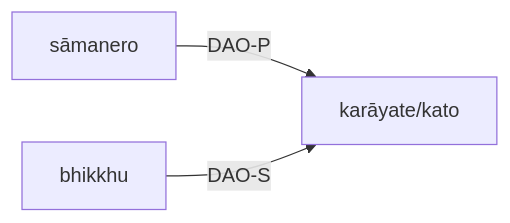
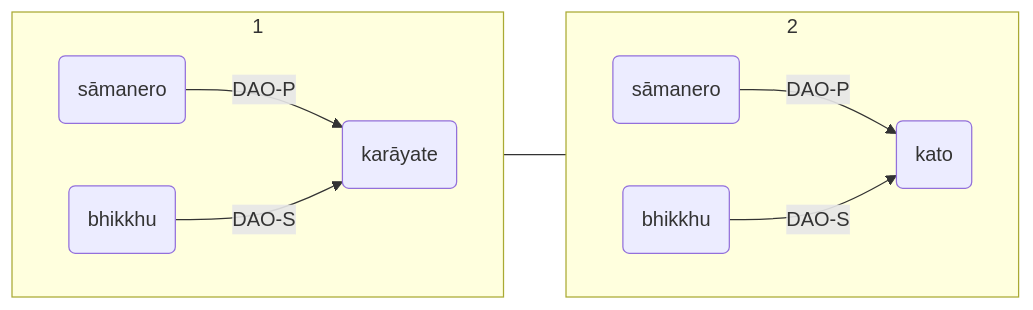
The first of 4 diagrams in src/basic-relation/nom/nom-dao.md (iapt-platform/pali-handbook), drawn with Mermaid before and after one commit. The commit also changed other lines of this file and 1 other file, not shown here.

Commit message:
修正双宾语

```diff
--- a/src/basic-relation/nom/nom-dao.md
+++ b/src/basic-relation/nom/nom-dao.md
@@ -7,5 +8,20 @@
 <div class="mermaid">
-graph LR
-sāmanero--DAO-P-->karāyate/kato
-bhikkhu--DAO-S-->karāyate/kato
+flowchart LR
+subgraph 1
+direction LR
+A1("sāmanero")
+B1("bhikkhu")
+C1("karāyate")
+A1--DAO-P-->C1
+B1--DAO-S-->C1
+end
+1---2
+subgraph 2
+direction LR
+A2("sāmanero")
+B2("bhikkhu")
+C2("kato")
+A2--DAO-P-->C2
+B2--DAO-S-->C2
+end
 </div>
```
